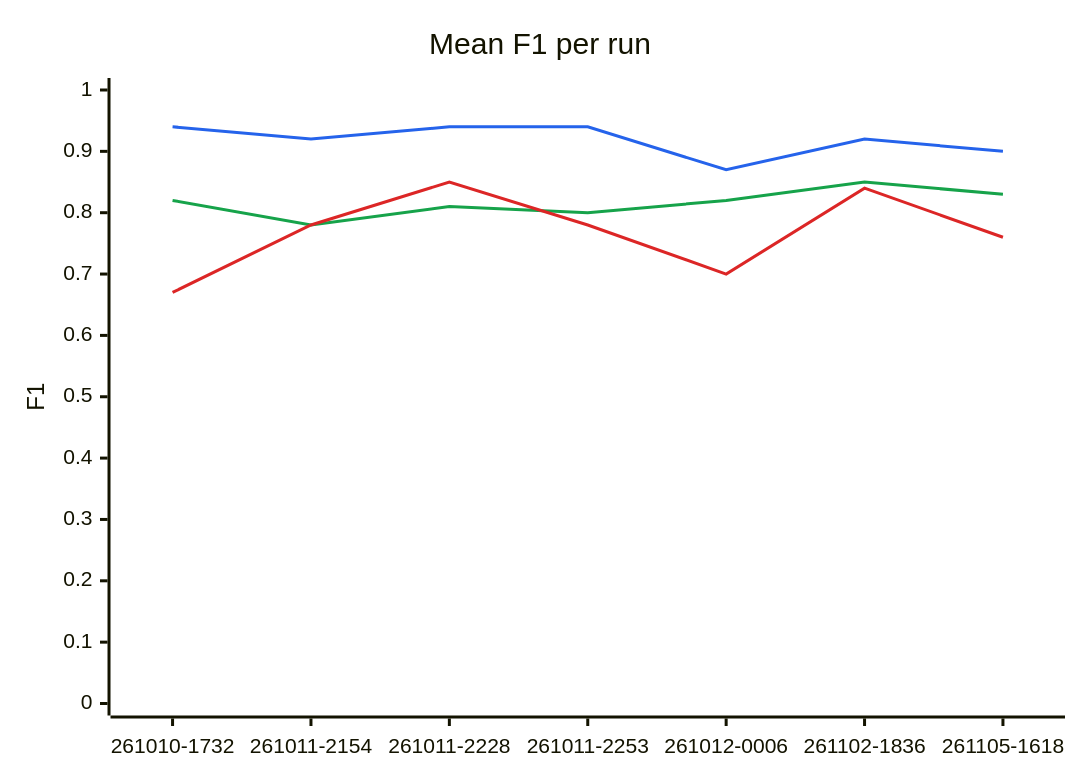
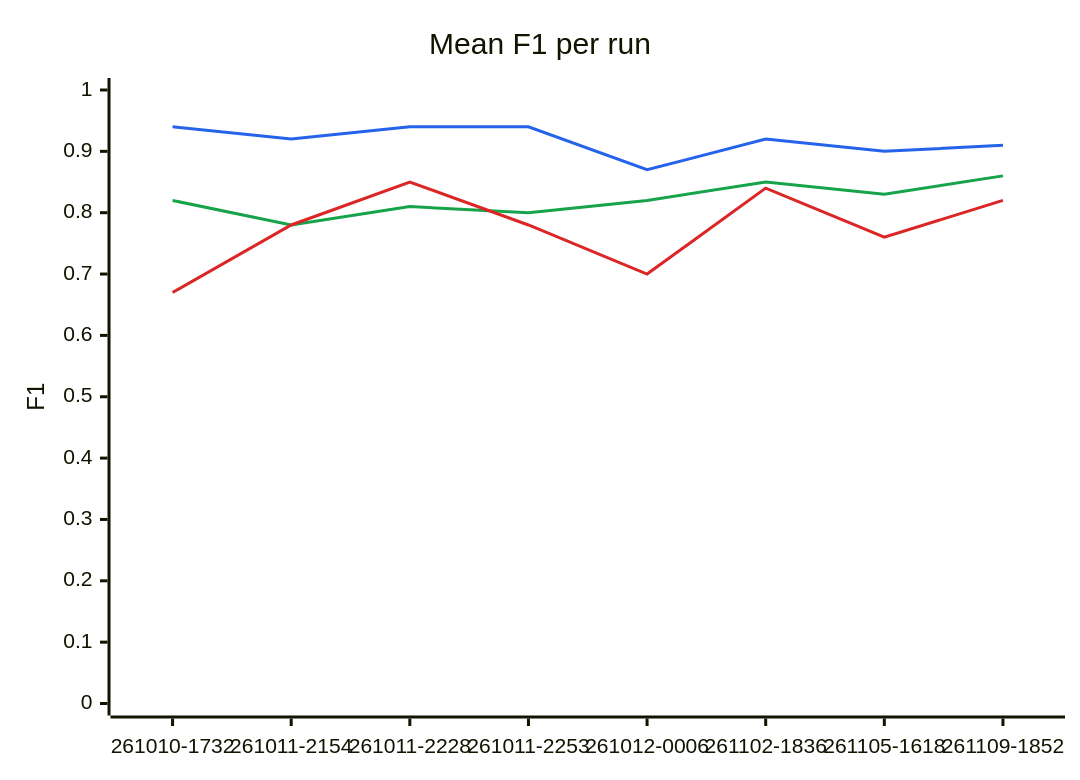
The first of 2 diagrams in lib/tests/benchmarks/extraction/results/README.md (megagonlabs/blue-data-kb-source), drawn with Mermaid before and after one commit. The commit also changed other lines of this file and 5 other files, not shown here.

````diff
--- a/lib/tests/benchmarks/extraction/results/README.md
+++ b/lib/tests/benchmarks/extraction/results/README.md
@@ -24,10 +24,10 @@
 ```mermaid
 %%{init: {"themeVariables": {"xyChart": {"plotColorPalette": "#2563eb, #16a34a, #dc2626"}}}}%%
 xychart-beta
     title "Mean F1 per run"
-    x-axis ["261010-1732", "261011-2154", "261011-2228", "261011-2253", "261012-0006", "261102-1836", "261105-1618"]
+    x-axis ["261010-1732", "261011-2154", "261011-2228", "261011-2253", "261012-0006", "261102-1836", "261105-1618", "261109-1852"]
     y-axis "F1" 0 --> 1
-    line [0.94, 0.92, 0.94, 0.94, 0.87, 0.92, 0.90]
-    line [0.82, 0.78, 0.81, 0.80, 0.82, 0.85, 0.83]
-    line [0.67, 0.78, 0.85, 0.78, 0.70, 0.84, 0.76]
+    line [0.94, 0.92, 0.94, 0.94, 0.87, 0.92, 0.90, 0.91]
+    line [0.82, 0.78, 0.81, 0.80, 0.82, 0.85, 0.83, 0.86]
+    line [0.67, 0.78, 0.85, 0.78, 0.70, 0.84, 0.76, 0.82]
 ```
````
